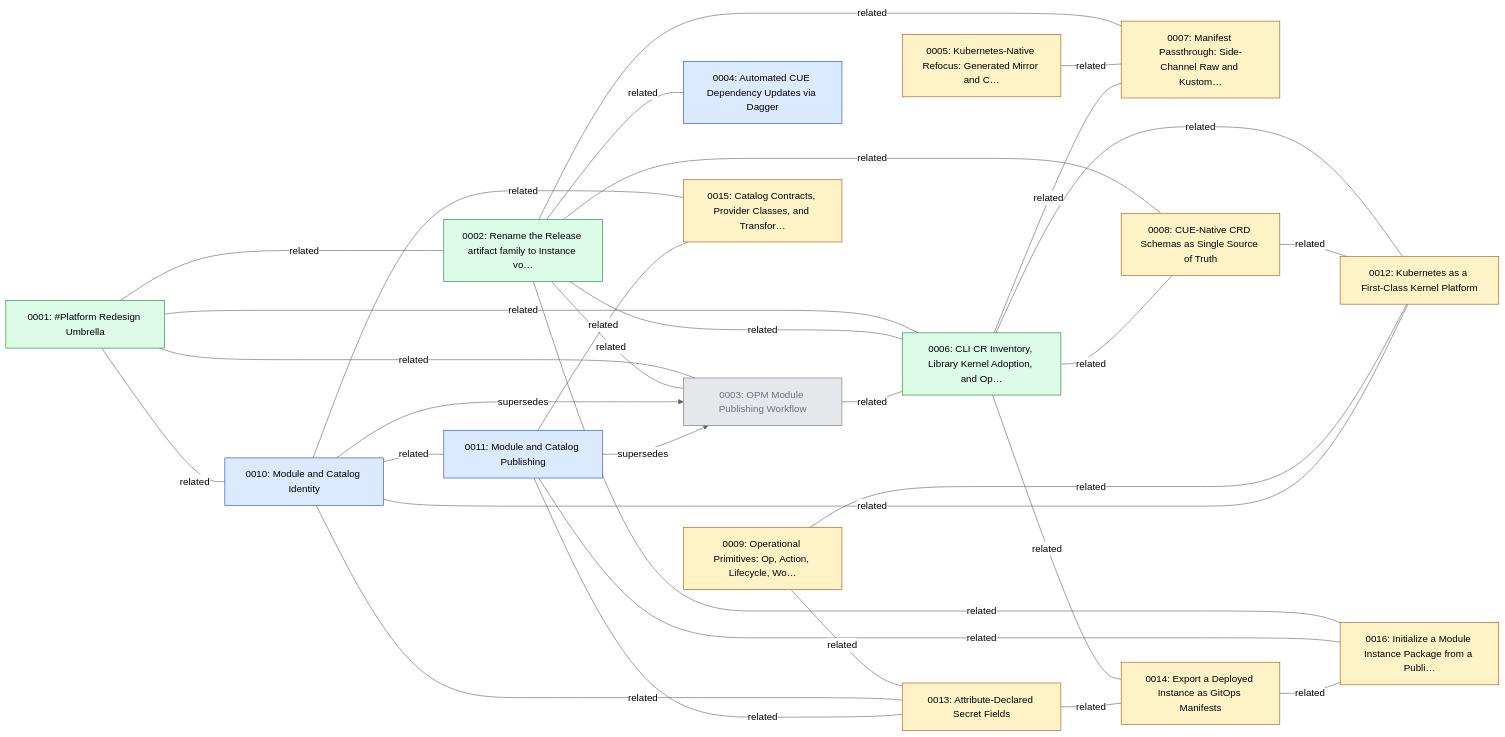
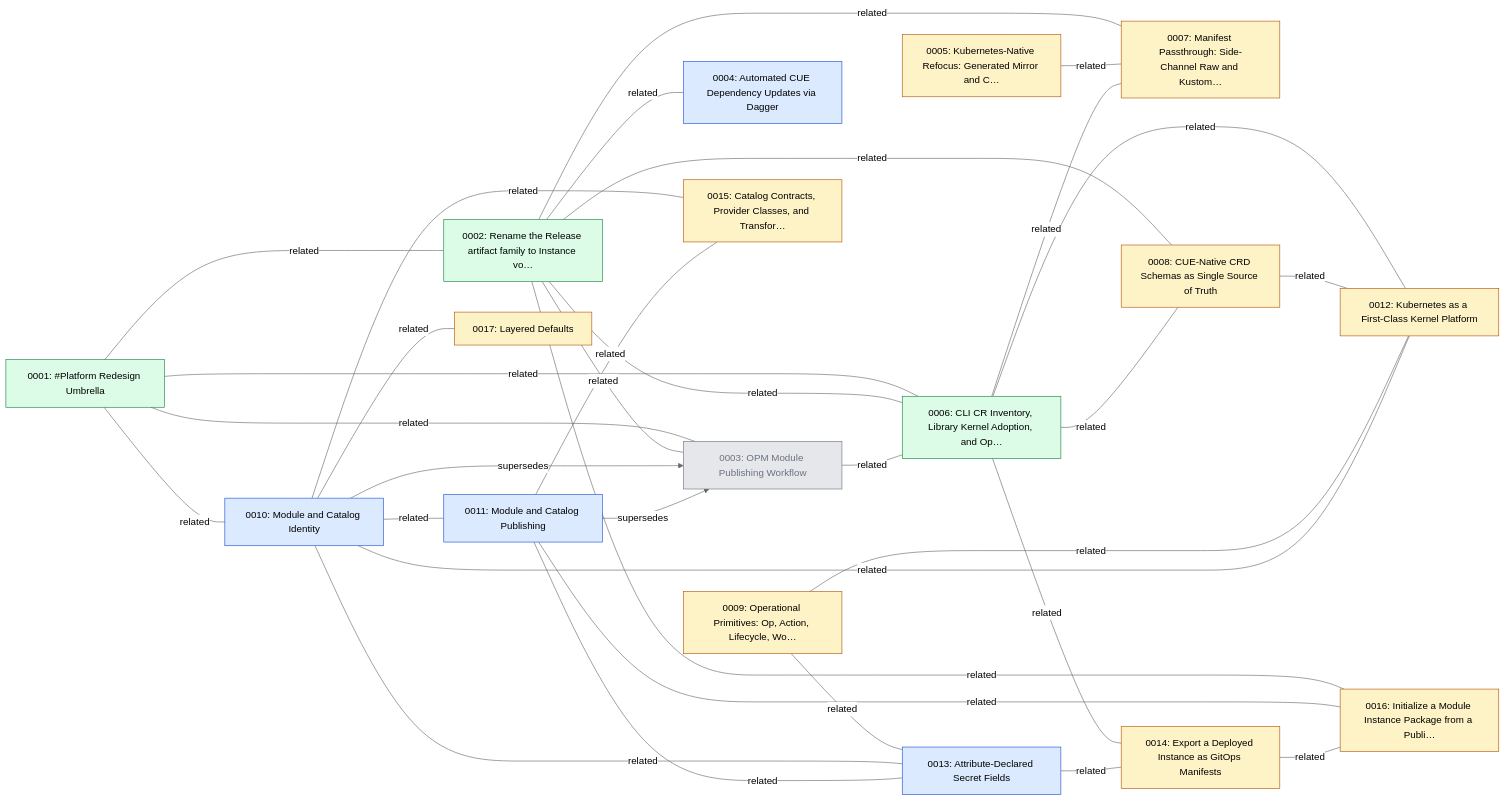
Before and after one commit to open-platform-model/enhancements: the first of 2 diagrams in GRAPH.md, drawn with Mermaid (neutral theme). The commit also changed 11 other files, not shown here.

First line of the commit message:
feat(0017): draft layered-defaults enhancement

````diff
--- a/GRAPH.md
+++ b/GRAPH.md
@@ -5,56 +5,58 @@
 ```mermaid
 graph LR
   classDef draft       fill:#fef3c7,stroke:#b45309,color:#000
   classDef accepted    fill:#dbeafe,stroke:#1d4ed8,color:#000
   classDef implemented fill:#dcfce7,stroke:#15803d,color:#000
   classDef superseded  fill:#e5e7eb,stroke:#6b7280,color:#6b7280
   classDef legacy      fill:#fafafa,stroke:#9ca3af,color:#6b7280,stroke-dasharray:3 3
 
   N0001["0001: #Platform Redesign Umbrella"]:::implemented
   N0002["0002: Rename the Release artifact family to Instance vo…"]:::implemented
   N0003["0003: OPM Module Publishing Workflow"]:::superseded
   N0004["0004: Automated CUE Dependency Updates via Dagger"]:::accepted
   N0005["0005: Kubernetes-Native Refocus: Generated Mirror and C…"]:::draft
   N0006["0006: CLI CR Inventory, Library Kernel Adoption, and Op…"]:::implemented
   N0007["0007: Manifest Passthrough: Side-Channel Raw and Kustom…"]:::draft
   N0008["0008: CUE-Native CRD Schemas as Single Source of Truth"]:::draft
   N0009["0009: Operational Primitives: Op, Action, Lifecycle, Wo…"]:::draft
   N0010["0010: Module and Catalog Identity"]:::accepted
   N0011["0011: Module and Catalog Publishing"]:::accepted
   N0012["0012: Kubernetes as a First-Class Kernel Platform"]:::draft
-  N0013["0013: Attribute-Declared Secret Fields"]:::draft
+  N0013["0013: Attribute-Declared Secret Fields"]:::accepted
   N0014["0014: Export a Deployed Instance as GitOps Manifests"]:::draft
   N0015["0015: Catalog Contracts, Provider Classes, and Transfor…"]:::draft
   N0016["0016: Initialize a Module Instance Package from a Publi…"]:::draft
+  N0017["0017: Layered Defaults"]:::draft
 
   N0001 ---|related| N0002
   N0001 ---|related| N0003
   N0001 ---|related| N0006
   N0001 ---|related| N0010
   N0002 ---|related| N0003
   N0002 ---|related| N0004
   N0002 ---|related| N0006
   N0002 ---|related| N0007
   N0002 ---|related| N0008
   N0002 ---|related| N0016
   N0003 ---|related| N0006
   N0005 ---|related| N0007
   N0006 ---|related| N0007
   N0006 ---|related| N0008
   N0006 ---|related| N0012
   N0006 ---|related| N0014
   N0008 ---|related| N0012
   N0009 ---|related| N0012
   N0009 ---|related| N0013
   N0010 ---|related| N0011
   N0010 ---|related| N0012
   N0010 ---|related| N0013
   N0010 ---|related| N0015
+  N0010 ---|related| N0017
   N0011 ---|related| N0013
   N0011 ---|related| N0015
   N0011 ---|related| N0016
   N0013 ---|related| N0014
   N0014 ---|related| N0016
   N0010 -->|supersedes| N0003
   N0011 -->|supersedes| N0003
 ```
````
